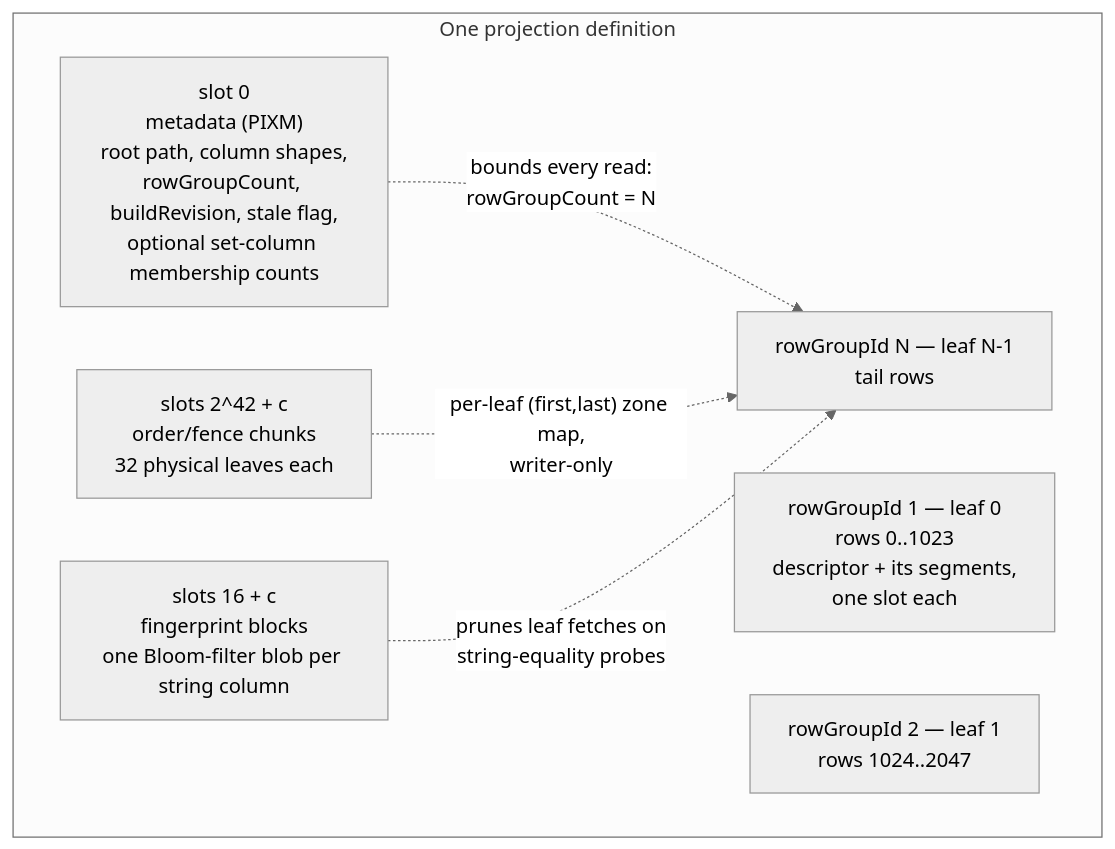
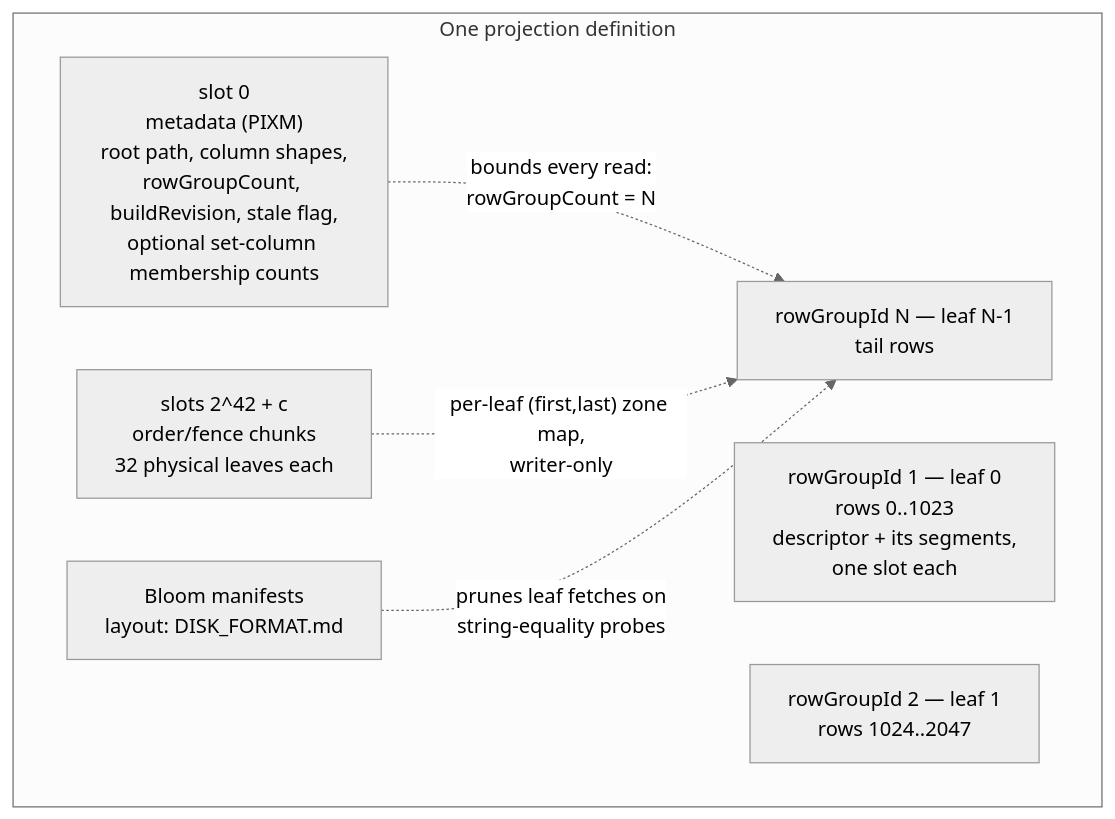
The second of 15 diagrams in docs/PROJECTION_INDEX_DEEP_DIVE.md (sirixdb/sirix), drawn with Mermaid (neutral theme) before and after one commit. The commit also changed other lines of this file and 19 other files, not shown here.

````diff
--- a/docs/PROJECTION_INDEX_DEEP_DIVE.md
+++ b/docs/PROJECTION_INDEX_DEEP_DIVE.md
@@ -168,14 +168,14 @@
 ```mermaid
 flowchart TB
     subgraph store["One projection definition"]
         M["slot 0<br/>metadata (PIXM)<br/>root path, column shapes,<br/>rowGroupCount, buildRevision, stale flag,<br/>optional set-column membership counts"]
         L1["rowGroupId 1 — leaf 0<br/>rows 0..1023<br/>descriptor + its segments,<br/>one slot each"]
         L2["rowGroupId 2 — leaf 1<br/>rows 1024..2047"]
         LN["rowGroupId N — leaf N-1<br/>tail rows"]
         F["slots 2^42 + c<br/>order/fence chunks<br/>32 physical leaves each"]
-        B["slots 16 + c<br/>fingerprint blocks<br/>one Bloom-filter blob per string column"]
+        B["Bloom manifests<br/>layout: DISK_FORMAT.md"]
     end
     M -.->|"bounds every read:<br/>rowGroupCount = N"| LN
     F -.->|"per-leaf (first,last) zone map,<br/>writer-only"| LN
     B -.->|"prunes leaf fetches on<br/>string-equality probes"| LN
 ```
````
